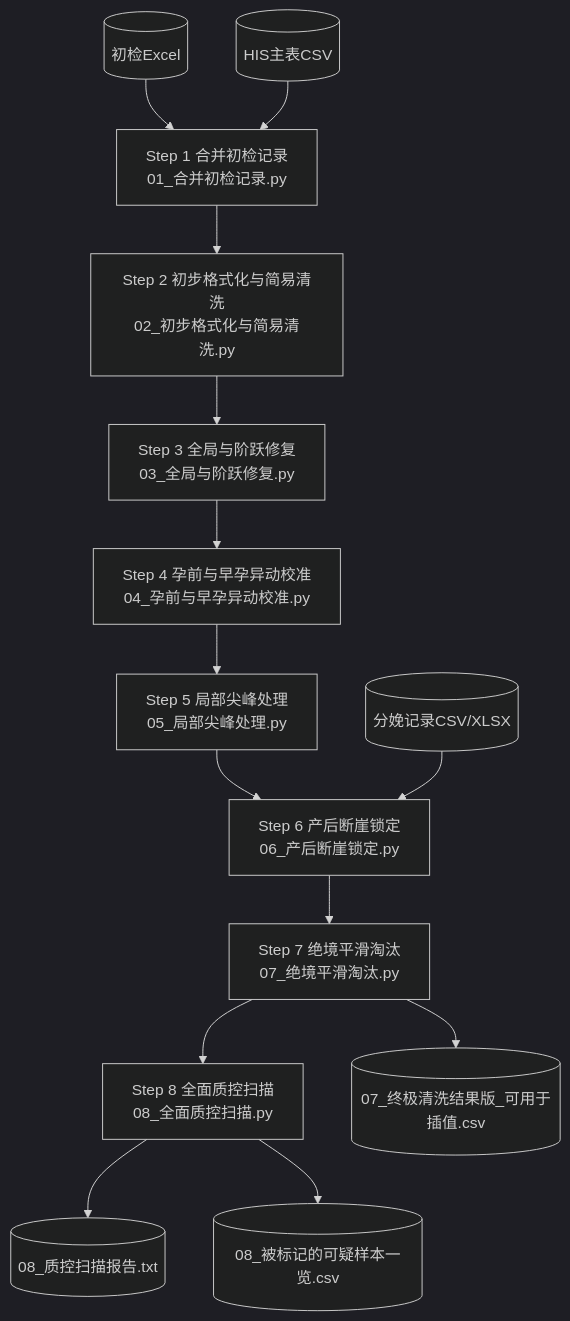
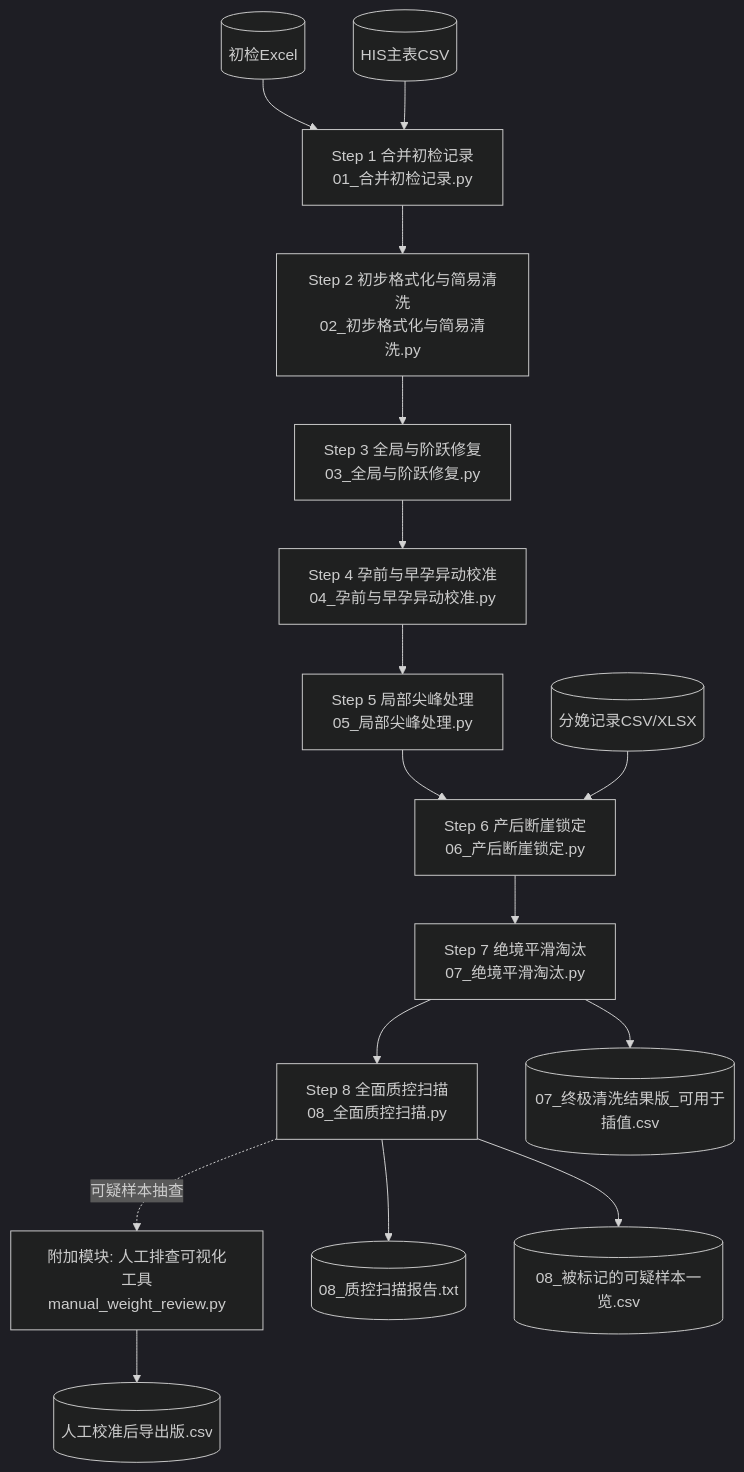
Before and after one commit to AndyCycle/gestational-weight-records-cleaning-pipline: the diagram in README.md, drawn with Mermaid (dark theme). The commit also changed other lines of this file, not shown here.

````diff
--- a/README.md
+++ b/README.md
@@ -227,18 +238,22 @@
 ```mermaid
 flowchart TD
     A[Step 1 合并初检记录\n01_合并初检记录.py] --> B[Step 2 初步格式化与简易清洗\n02_初步格式化与简易清洗.py]
     B --> C[Step 3 全局与阶跃修复\n03_全局与阶跃修复.py]
     C --> D[Step 4 孕前与早孕异动校准\n04_孕前与早孕异动校准.py]
     D --> E[Step 5 局部尖峰处理\n05_局部尖峰处理.py]
     E --> F[Step 6 产后断崖锁定\n06_产后断崖锁定.py]
     F --> G[Step 7 绝境平滑淘汰\n07_绝境平滑淘汰.py]
     G --> H[Step 8 全面质控扫描\n08_全面质控扫描.py]
 
+    H -. 可疑样本抽查 .-> O[附加模块: 人工排查可视化工具\nmanual_weight_review.py]
+
     I[(初检Excel)] --> A
     J[(HIS主表CSV)] --> A
     K[(分娩记录CSV/XLSX)] --> F
 
     H --> L[(08_质控扫描报告.txt)]
     H --> M[(08_被标记的可疑样本一览.csv)]
     G --> N[(07_终极清洗结果版_可用于插值.csv)]
+
+    O --> P[(人工校准后导出版.csv)]
 ```
````
